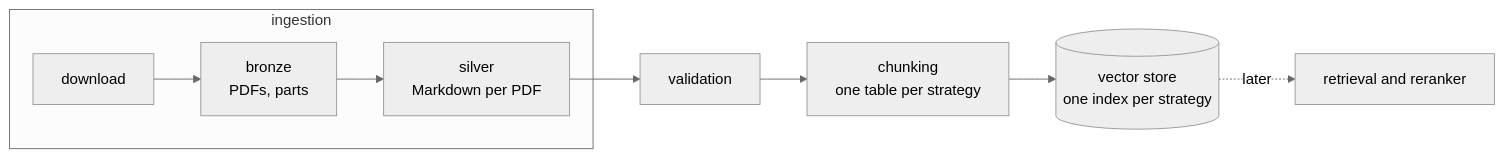
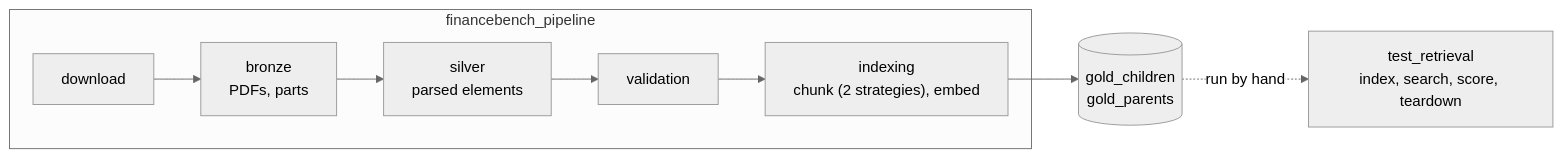
Before and after one commit to SuddhaswattaMaityUK/dbx-finance-bench-rag: the diagram in doc/indexing/indexing.md, drawn with Mermaid (neutral theme). The commit also changed other lines of this file and 19 other files, not shown here.

First line of the commit message:
Gold layer and retrieval test notebook

````diff
--- a/doc/indexing/indexing.md
+++ b/doc/indexing/indexing.md
@@ -7,10 +8,10 @@
 ```mermaid
 flowchart LR
-    subgraph ingestion
-      D[download] --> B["bronze<br/>PDFs, parts"] --> S["silver<br/>Markdown per PDF"]
+    subgraph financebench_pipeline
+      D[download] --> B["bronze<br/>PDFs, parts"] --> S["silver<br/>parsed elements"]
+      S --> V[validation]
+      V --> IX["indexing<br/>chunk (2 strategies), embed"]
     end
-    S --> V[validation]
-    V --> CH["chunking<br/>one table per strategy"]
-    CH --> VS[("vector store<br/>one index per strategy")]
-    VS -.->|later| RT["retrieval and reranker"]
+    IX --> G[("gold_children<br/>gold_parents")]
+    G -.->|"run by hand"| TR["test_retrieval<br/>index, search, score, teardown"]
 ```
````
